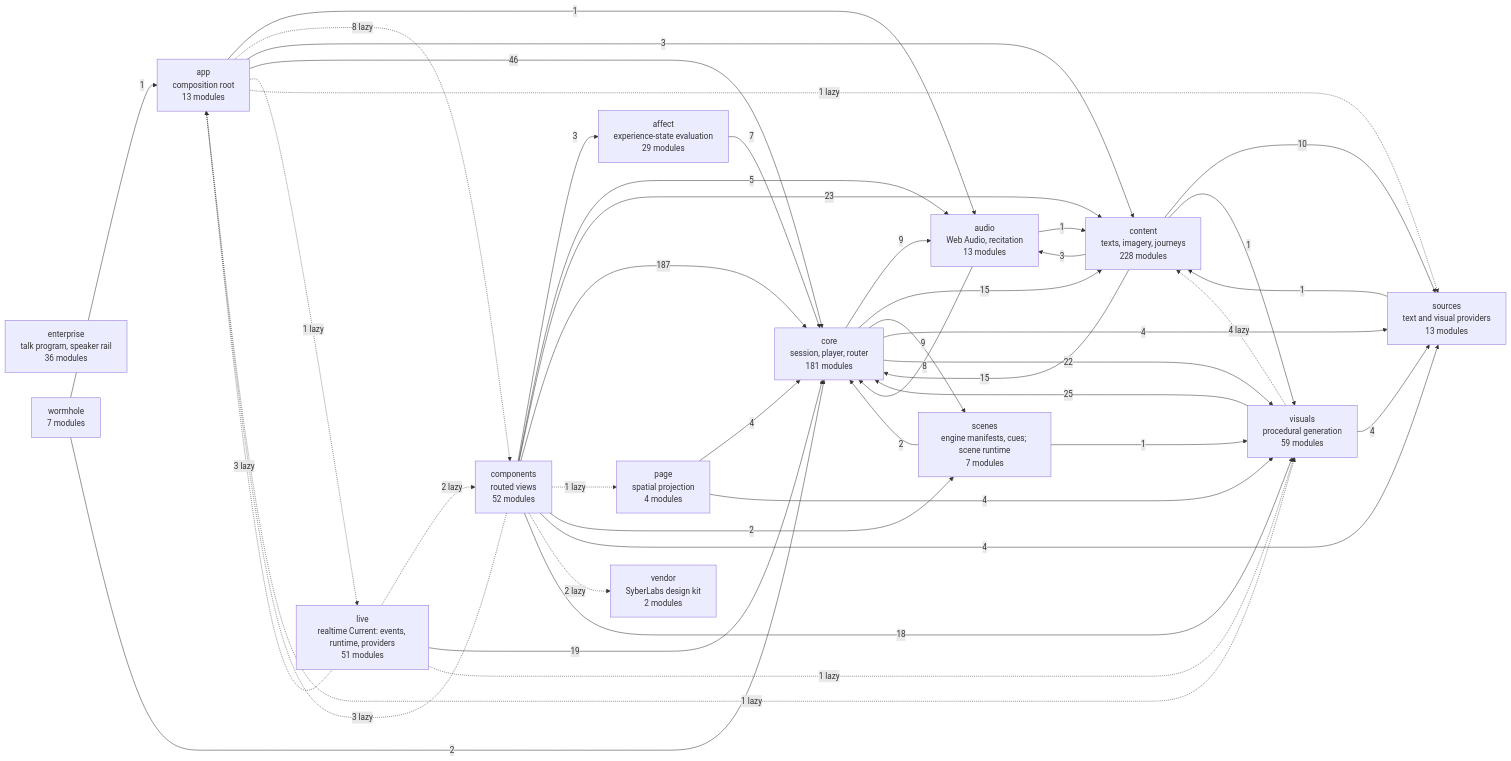
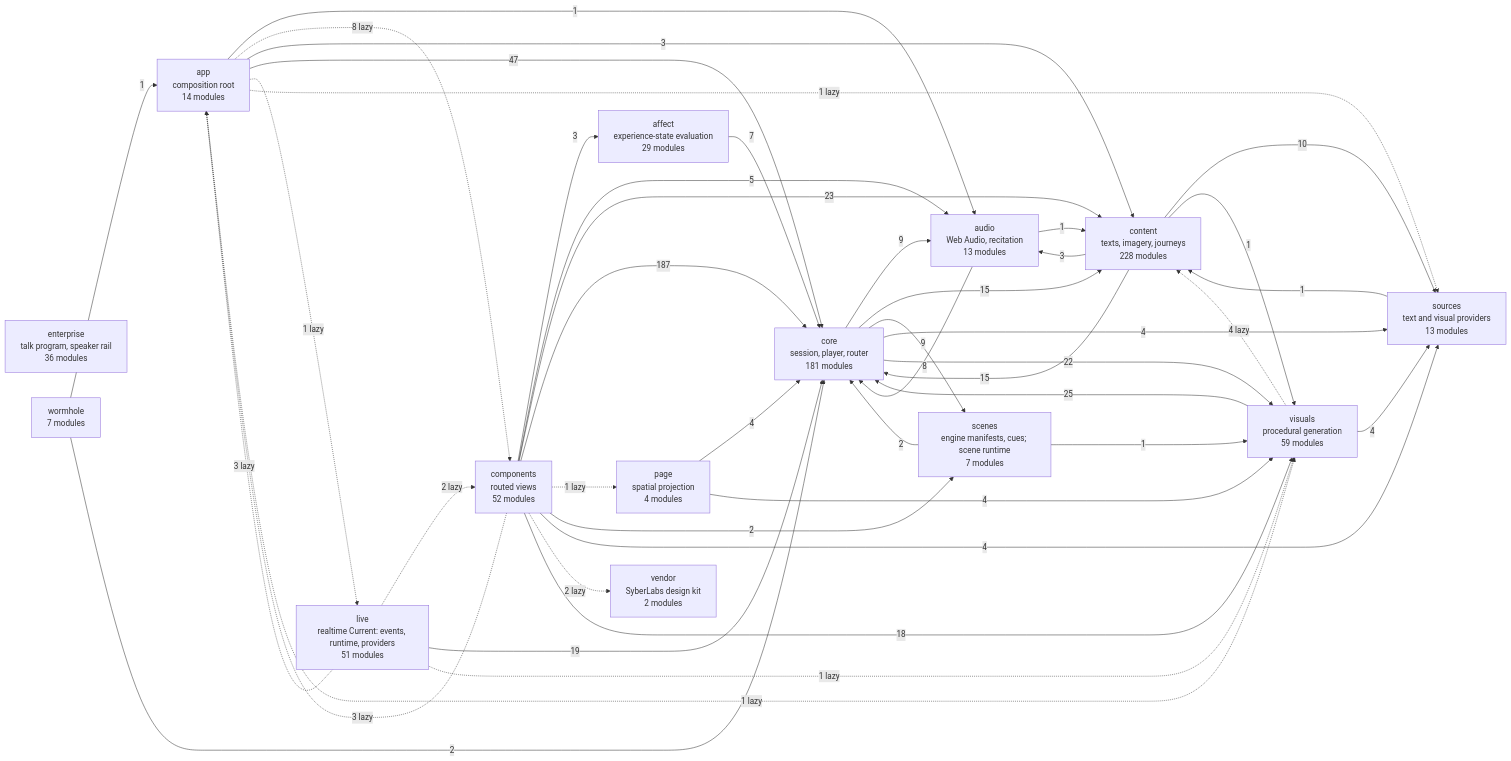
The diagram in docs/specs/ARCHITECTURE.md (SyberLabs/RISE), drawn with Mermaid before and after one commit. The commit also changed 5 other files, not shown here.

````diff
--- a/docs/specs/ARCHITECTURE.md
+++ b/docs/specs/ARCHITECTURE.md
@@ -154,61 +154,61 @@
 ```mermaid
 flowchart LR
     affect["affect<br/>experience-state evaluation<br/>29 modules"]
-    app["app<br/>composition root<br/>13 modules"]
+    app["app<br/>composition root<br/>14 modules"]
     audio["audio<br/>Web Audio, recitation<br/>13 modules"]
     components["components<br/>routed views<br/>52 modules"]
     content["content<br/>texts, imagery, journeys<br/>228 modules"]
     core["core<br/>session, player, router<br/>181 modules"]
     enterprise["enterprise<br/>talk program, speaker rail<br/>36 modules"]
     live["live<br/>realtime Current: events, runtime, providers<br/>51 modules"]
     page["page<br/>spatial projection<br/>4 modules"]
     scenes["scenes<br/>engine manifests, cues; scene runtime<br/>7 modules"]
     sources["sources<br/>text and visual providers<br/>13 modules"]
     vendor["vendor<br/>SyberLabs design kit<br/>2 modules"]
     visuals["visuals<br/>procedural generation<br/>59 modules"]
     wormhole["wormhole<br/>7 modules"]
 
     affect --> |7| core
     app --> |1| audio
     app -.-> |8 lazy| components
     app --> |3| content
-    app --> |46| core
+    app --> |47| core
     app -.-> |1 lazy| live
     app -.-> |1 lazy| sources
     app -.-> |1 lazy| visuals
     audio --> |1| content
     audio --> |8| core
     components --> |3| affect
     components -.-> |3 lazy| app
     components --> |5| audio
     components --> |23| content
     components --> |187| core
     components -.-> |1 lazy| page
     components --> |2| scenes
     components --> |4| sources
     components -.-> |2 lazy| vendor
     components --> |18| visuals
     content --> |3| audio
     content --> |15| core
     content --> |10| sources
     content --> |1| visuals
     core --> |9| audio
     core --> |15| content
     core --> |9| scenes
     core --> |4| sources
     core --> |22| visuals
     live -.-> |3 lazy| app
     live -.-> |2 lazy| components
     live --> |19| core
     live -.-> |1 lazy| visuals
     page --> |4| core
     page --> |4| visuals
     scenes --> |2| core
     scenes --> |1| visuals
     sources --> |1| content
     visuals -.-> |4 lazy| content
     visuals --> |25| core
     visuals --> |4| sources
     wormhole --> |1| app
     wormhole --> |2| core
 ```
````
